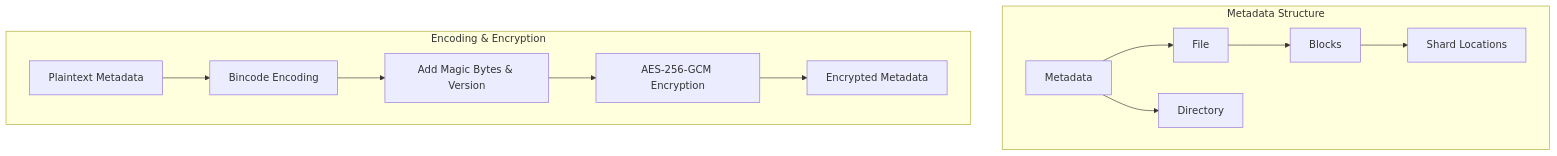
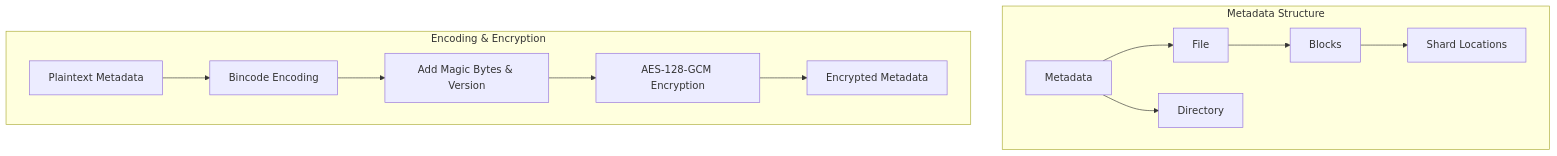
The first of 8 diagrams in docs/metadata-technical-spec.md (threefoldtech/mycelium-cdn-registry), drawn with Mermaid before and after one commit. The commit also changed other lines of this file and 2 other files, not shown here.

Commit message:
Make sure we specify AES-128 everywhere, clarify hash size

````diff
--- a/docs/metadata-technical-spec.md
+++ b/docs/metadata-technical-spec.md
@@ -5,16 +9,16 @@
 ```mermaid
 graph TD
     subgraph "Metadata Structure"
         Meta[Metadata] --> File
         Meta --> Directory
         File --> Blocks[Blocks]
         Blocks --> Shards[Shard Locations]
     end
     
     subgraph "Encoding & Encryption"
         PlainMeta[Plaintext Metadata] --> BinEncode[Bincode Encoding]
         BinEncode --> AddMagic[Add Magic Bytes & Version]
-        AddMagic --> Encrypt[AES-256-GCM Encryption]
+        AddMagic --> Encrypt[AES-128-GCM Encryption]
         Encrypt --> EncMeta[Encrypted Metadata]
     end
 ```
````
